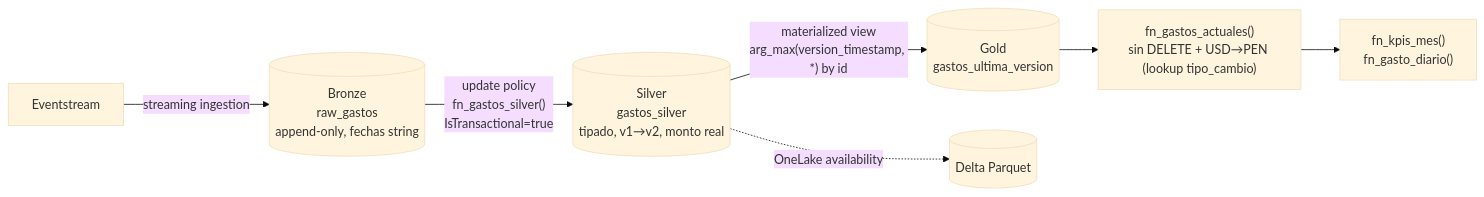
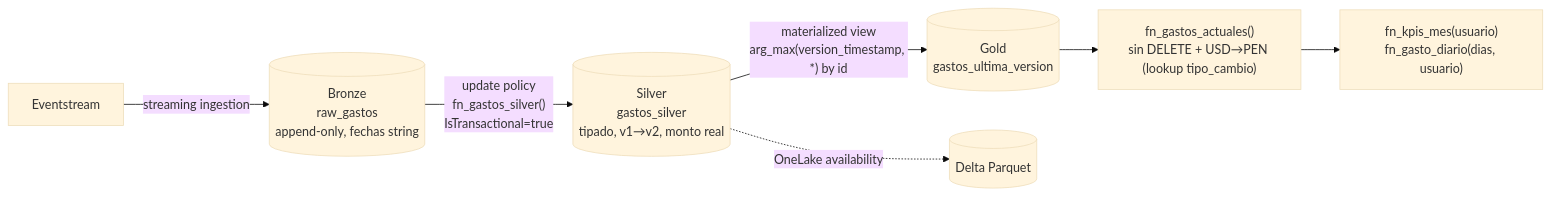
The sixth of 7 diagrams in docs/ARQUITECTURA.md (orlandohf/gcp-fabric-finanzas), drawn with Mermaid (base theme) before and after one commit. The commit also changed other lines of this file and 8 other files, not shown here.

````diff
--- a/docs/ARQUITECTURA.md
+++ b/docs/ARQUITECTURA.md
@@ -556,9 +685,9 @@
 ```mermaid
 flowchart LR
   ES["Eventstream"] -->|streaming ingestion| B[("Bronze<br/>raw_gastos<br/>append-only, fechas string")]
   B -->|"update policy<br/>fn_gastos_silver()<br/>IsTransactional=true"| S[("Silver<br/>gastos_silver<br/>tipado, v1→v2, monto real")]
   S -->|"materialized view<br/>arg_max(version_timestamp, *) by id"| G[("Gold<br/>gastos_ultima_version")]
   G --> F["fn_gastos_actuales()<br/>sin DELETE + USD→PEN (lookup tipo_cambio)"]
-  F --> K["fn_kpis_mes()<br/>fn_gasto_diario()"]
+  F --> K["fn_kpis_mes(usuario)<br/>fn_gasto_diario(dias, usuario)"]
   S -.->|OneLake availability| OL[("Delta Parquet")]
 ```
````
